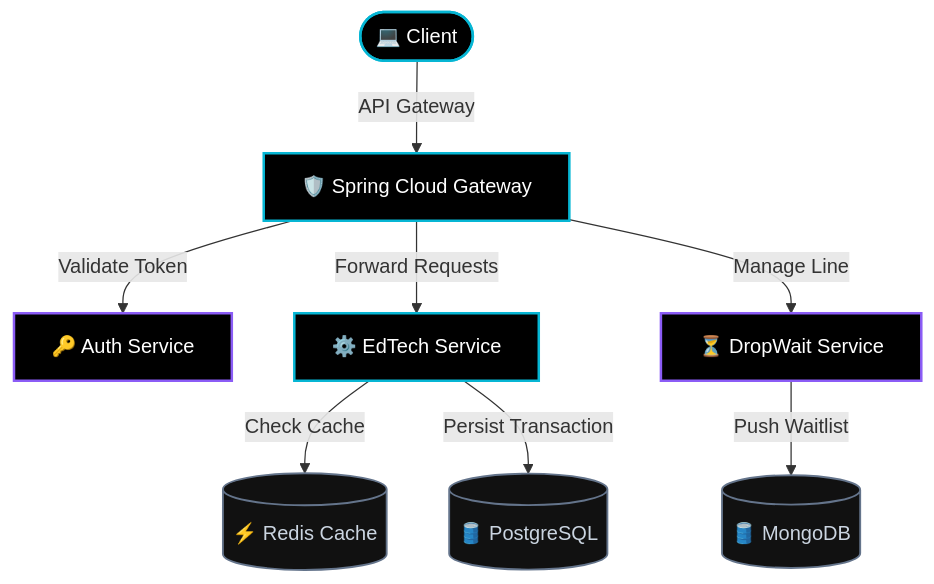
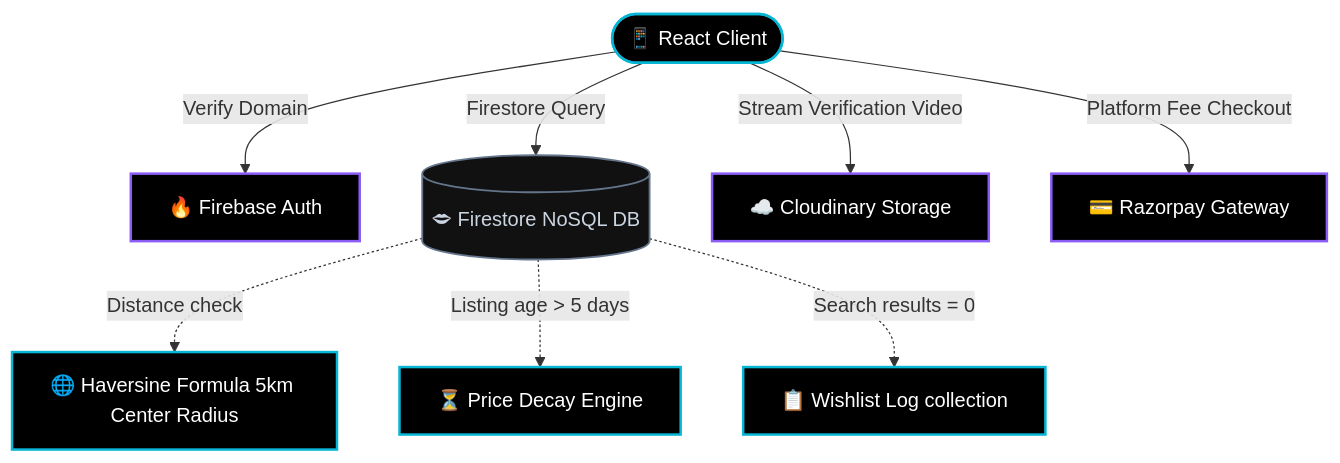
Before and after one commit to mihir000777/mihir000777: the diagram in README.md, drawn with Mermaid. The commit also changed other lines of this file, not shown here.

Commit message:
feat: integrate BMSIT Bazaar project description and system diagram

````diff
--- a/README.md
+++ b/README.md
@@ -169,18 +169,19 @@
 ```mermaid
 graph TD
-    Client([💻 Client]) -->|API Gateway| GW[🛡️ Spring Cloud Gateway]
-    GW -->|Validate Token| Auth[🔑 Auth Service]
-    GW -->|Forward Requests| App[⚙️ EdTech Service]
-    GW -->|Manage Line| Queue[⏳ DropWait Service]
-    
-    App -->|Check Cache| Redis[(⚡ Redis Cache)]
-    App -->|Persist Transaction| SQL[(🛢️ PostgreSQL)]
-    Queue -->|Push Waitlist| Mongo[(🛢️ MongoDB)]
-    
+    Client([📱 React Client]) -->|Verify Domain| Auth[🔥 Firebase Auth]
+    Client -->|Firestore Query| DB[(🗢 Firestore NoSQL DB)]
+    Client -->|Stream Verification Video| Cloudinary[☁️ Cloudinary Storage]
+    Client -->|Platform Fee Checkout| Razorpay[💳 Razorpay Gateway]
+
+    DB -.->|Distance check| Haversine[🌐 Haversine Formula 5km Center Radius]
+    DB -.->| Listing age > 5 days| Decay[⏳ Price Decay Engine]
+    DB -.->| Search results = 0 | Registry[📋 Wishlist Log collection]
+
     classDef cyberCyan fill:#000000,stroke:#06b6d4,stroke-width:2px,color:#fff;
     classDef cyberPurple fill:#000000,stroke:#8b5cf6,stroke-width:2px,color:#fff;
     classDef database fill:#111,stroke:#64748b,stroke-width:1.5px,color:#cbd5e1;
-    class Client,GW,App cyberCyan;
-    class Auth,Queue cyberPurple;
-    class Redis,SQL,Mongo database;
+    class Client cyberCyan;
+    class Auth,Cloudinary,Razorpay cyberPurple;
+    class DB database;
+    class Haversine,Decay,Registry cyberCyan;
 ```
````
